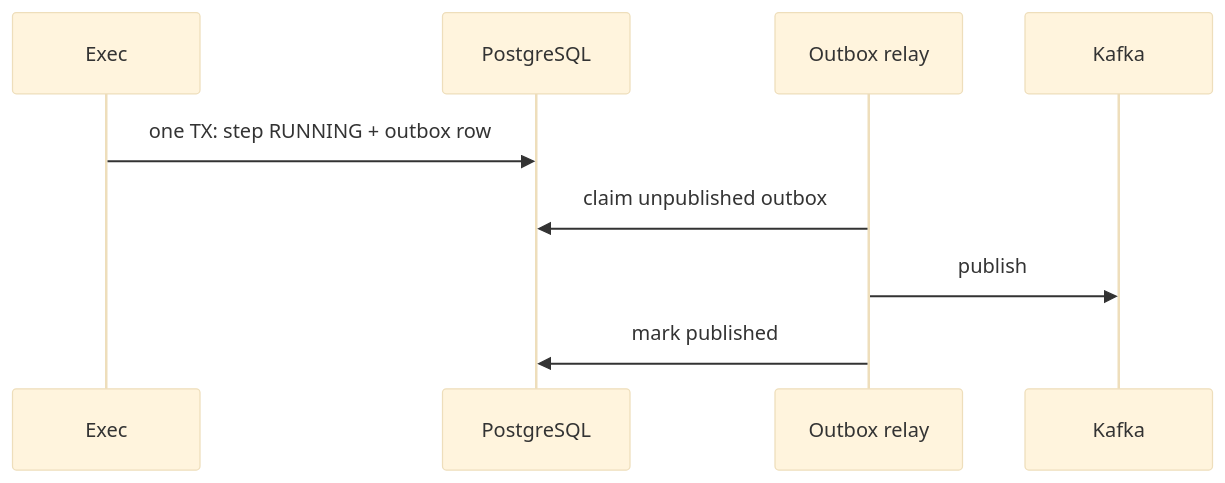
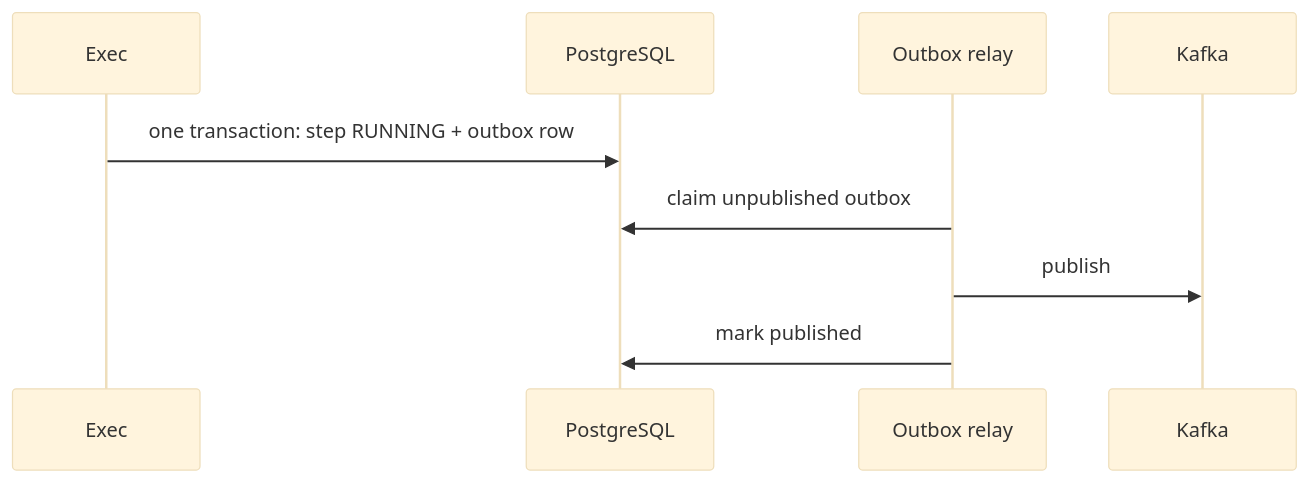
One commit to ganeshpc/distributed-workflow-engine changed the ninth of 9 diagrams in docs/architecture.md. Above: the diagram before and after it, drawn with Mermaid (base theme). The commit also changed other lines of this file and 21 other files, not shown here.

````diff
--- a/docs/architecture.md
+++ b/docs/architecture.md
@@ -913,12 +924,12 @@
 ```mermaid
 sequenceDiagram
   participant Exec
   participant DB as PostgreSQL
   participant Relay as Outbox relay
   participant K as Kafka
 
-  Exec->>DB: one TX: step RUNNING + outbox row
+  Exec->>DB: one transaction: step RUNNING + outbox row
   Relay->>DB: claim unpublished outbox
   Relay->>K: publish
   Relay->>DB: mark published
 ```
````
